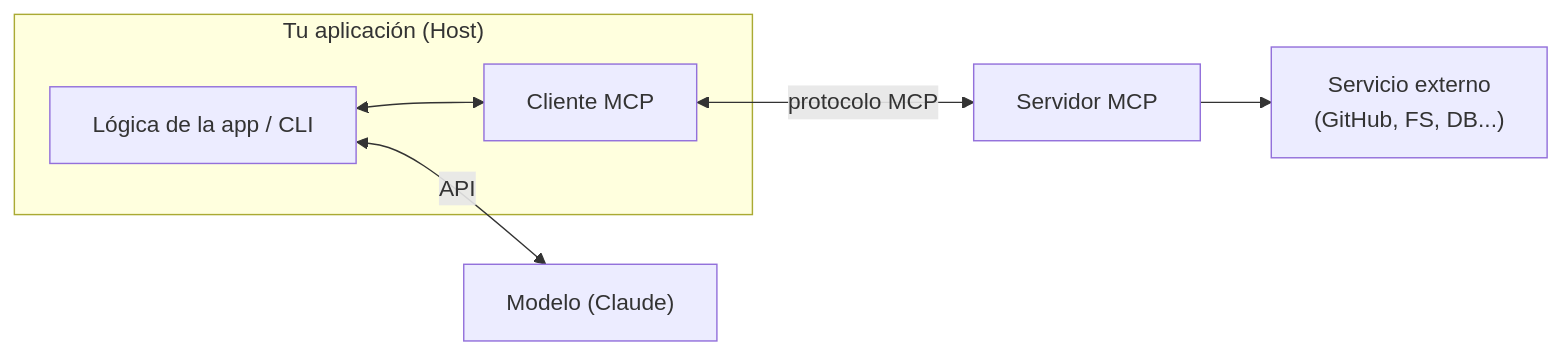
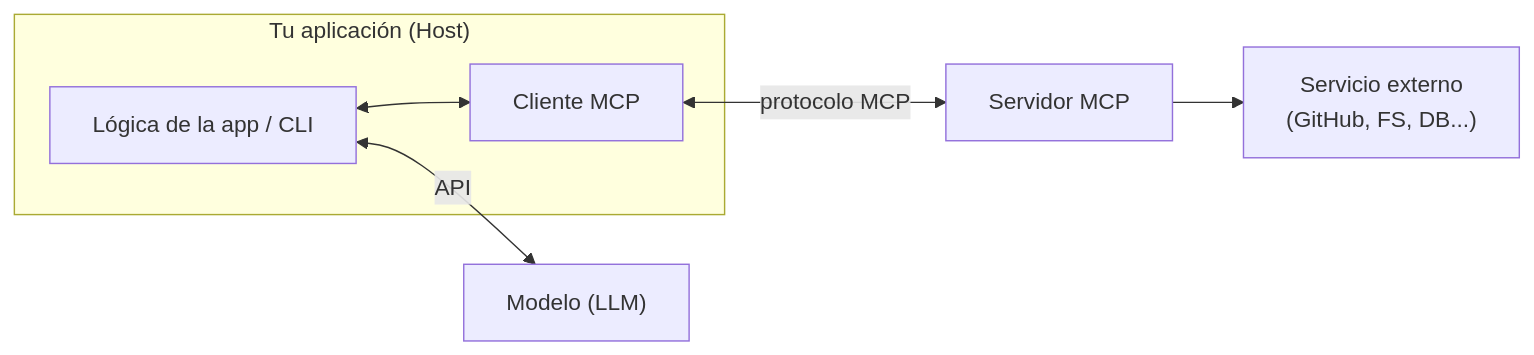
One commit to alvarezleonardo/MCP changed the first of 3 diagrams in Introduction to Model Context Protocol/02-arquitectura-y-flujo.md. Above: the diagram before and after it, drawn with Mermaid. The commit also changed other lines of this file and 14 other files, not shown here.

````diff
--- a/Introduction to Model Context Protocol/02-arquitectura-y-flujo.md
+++ b/Introduction to Model Context Protocol/02-arquitectura-y-flujo.md
@@ -7,15 +7,15 @@
 ```mermaid
 flowchart LR
     subgraph APP["Tu aplicación (Host)"]
         Logic["Lógica de la app / CLI"]
         Client["Cliente MCP"]
     end
     Server["Servidor MCP"]
     Ext["Servicio externo<br/>(GitHub, FS, DB...)"]
-    Claude["Modelo (Claude)"]
+    Modelo["Modelo (LLM)"]
 
     Logic <--> Client
     Client <-->|protocolo MCP| Server
     Server --> Ext
-    Logic <-->|API| Claude
+    Logic <-->|API| Modelo
 ```
````
